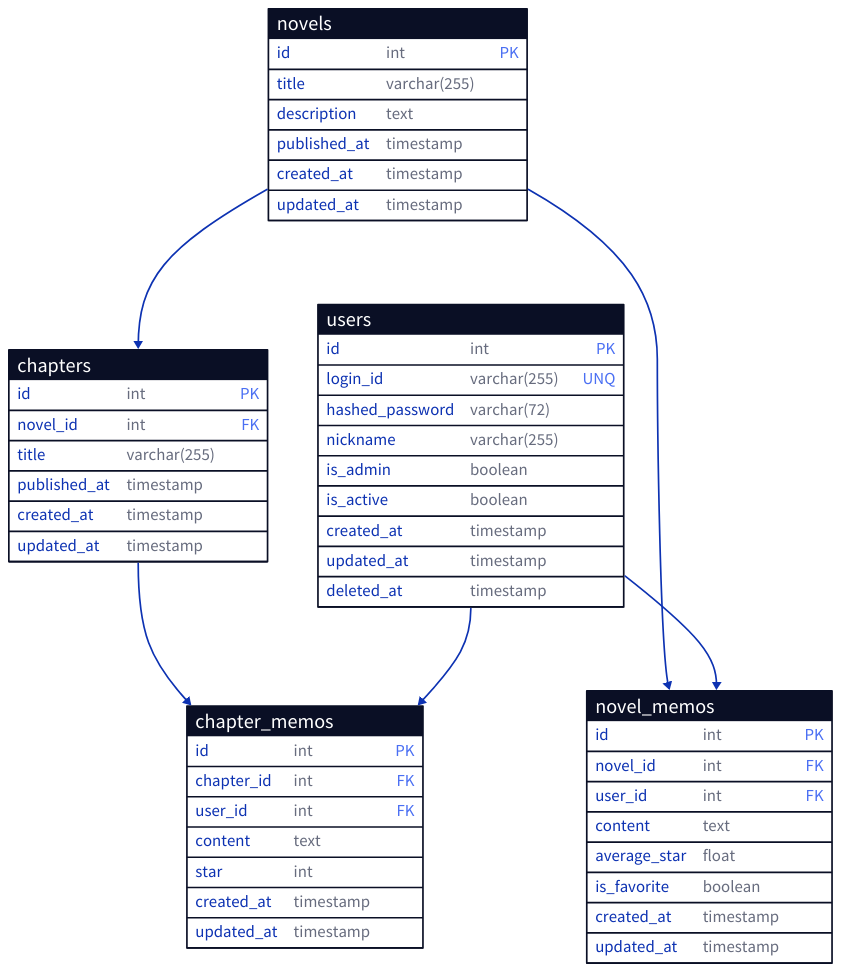
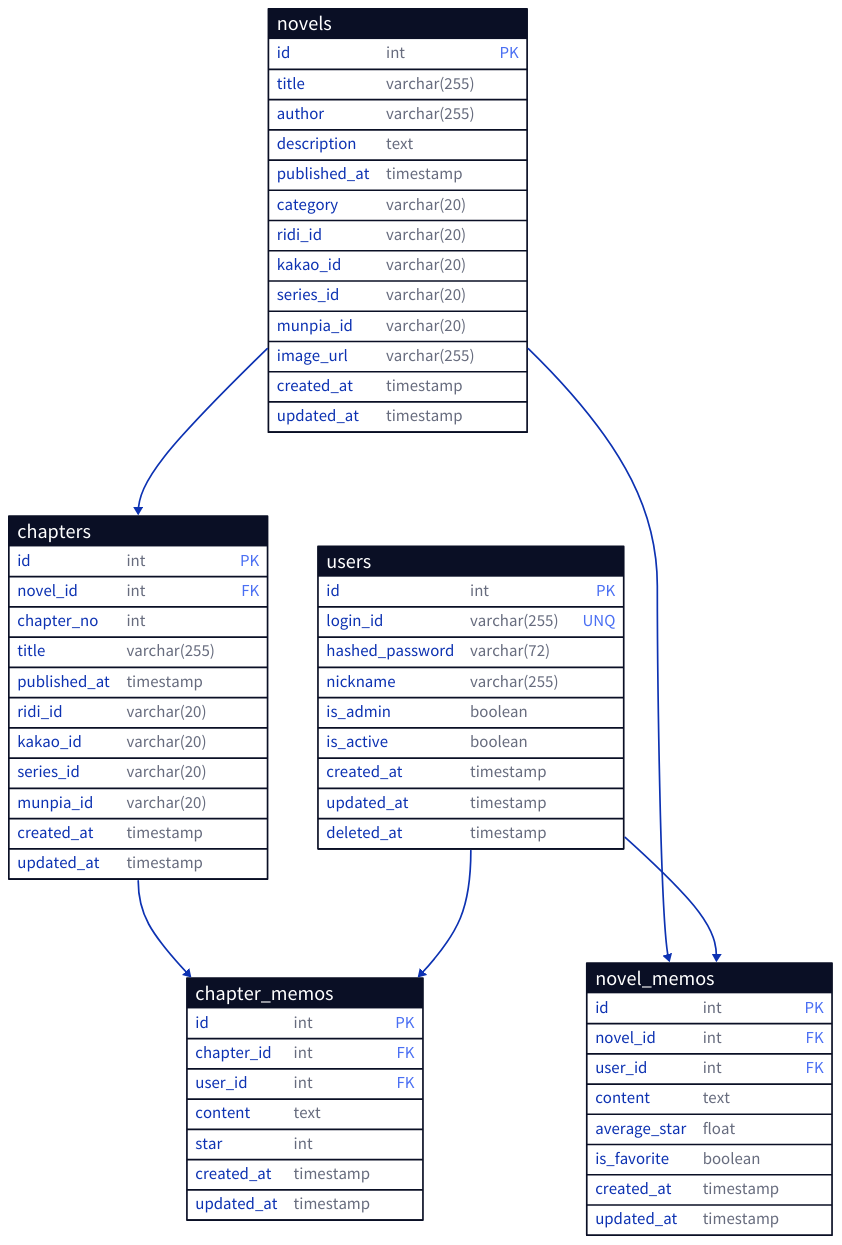
One commit to arbans1/Novelog-Backend changed the diagram in sql/models.d2. Above: the diagram before and after it, drawn with D2. The commit also changed 9 other files, not shown here.

```diff
--- a/sql/models.d2
+++ b/sql/models.d2
@@ -1,60 +1,72 @@
 users: {
   shape: sql_table
   id: int {constraint: primary_key} # 아이디
   login_id: varchar(255) {constraint: unique} # 이메일
   hashed_password: varchar(72) # 해시된 비밀번호
   nickname: varchar(255) # 닉네임
   is_admin: boolean # 관리자 여부
   is_active: boolean # 활성화 여부
   created_at: timestamp # 생성일
   updated_at: timestamp # 수정일
   deleted_at: timestamp # 삭제일
 }
 
 novels: {
   shape: sql_table
   id: int {constraint: primary_key} # 아이디
   title: varchar(255) # 제목
+  author: varchar(255) # 작가
   description: text # 설명
   published_at: timestamp # 공개일
+  category: varchar(20) # 카테고리
+  ridi_id: varchar(20) # 리디북스 아이디
+  kakao_id: varchar(20) # 카카오 페이지 아이디
+  series_id: varchar(20) # 시리즈 아이디
+  munpia_id: varchar(20) # 문피아 아이디
+  image_url: varchar(255) # 이미지 URL
   created_at: timestamp # 생성일
   updated_at: timestamp # 수정일
 }
 
 chapters: {
   shape: sql_table
   id: int {constraint: primary_key} # 아이디
   novel_id: int {constraint: foreign_key} # 소설 아이디
+  chapter_no: int # 챕터 번호
   title: varchar(255) # 제목
   published_at: timestamp # 공개일
+  ridi_id: varchar(20) # 리디북스 아이디
+  kakao_id: varchar(20) # 카카오 페이지 아이디
+  series_id: varchar(20) # 시리즈 아이디
+  munpia_id: varchar(20) # 문피아 아이디
   created_at: timestamp # 생성일
   updated_at: timestamp # 수정일
 }
 novels.id -> chapters.novel_id
 
 novel_memos: {
   shape: sql_table
   id: int {constraint: primary_key} # 아이디
   novel_id: int {constraint: foreign_key} # 소설 아이디
   user_id: int {constraint: foreign_key} # 유저 아이디
   content: text # 내용
   average_star: float # 평균 별점
   is_favorite: boolean # 즐겨찾기 여부
   created_at: timestamp # 생성일
   updated_at: timestamp # 수정일
 }
 novels.id -> novel_memos.novel_id
 users.id -> novel_memos.user_id
 
 chapter_memos: {
   shape: sql_table
   id: int {constraint: primary_key} # 아이디
   chapter_id: int {constraint: foreign_key} # 챕터 아이디
   user_id: int {constraint: foreign_key} # 유저 아이디
   content: text # 내용
   star: int # 별점
   created_at: timestamp # 생성일
   updated_at: timestamp # 수정일
 }
 chapters.id -> chapter_memos.chapter_id
 users.id -> chapter_memos.user_id
```
